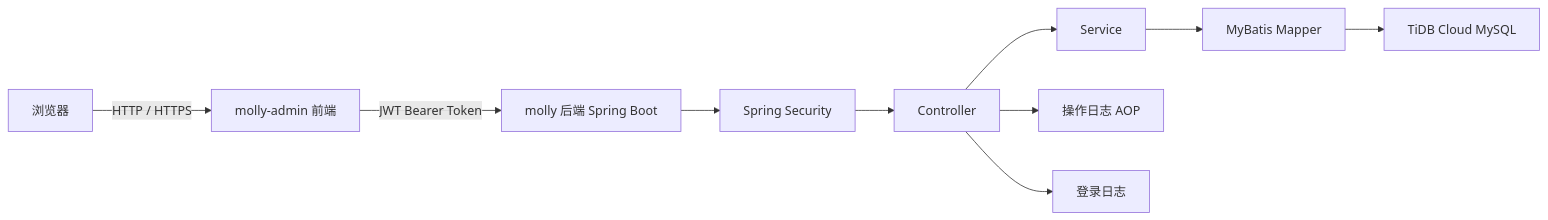
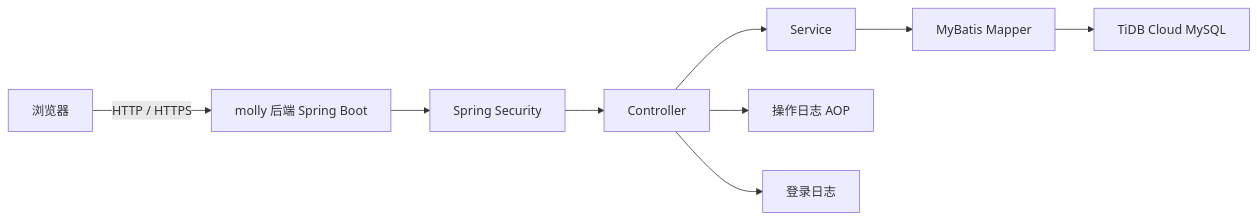
One commit to GeBron/molly changed the first of 3 diagrams in .trae/documents/Technical-Architecture.md. Above: the diagram before and after it, drawn with Mermaid. The commit also changed other lines of this file and 43 other files, not shown here.

````diff
--- a/.trae/documents/Technical-Architecture.md
+++ b/.trae/documents/Technical-Architecture.md
@@ -5,12 +5,11 @@
 ```mermaid
 graph LR
-    A["浏览器"] -->|HTTP / HTTPS| B["molly-admin 前端"]
-    B -->|JWT Bearer Token| C["molly 后端 Spring Boot"]
-    C --> D["Spring Security"]
-    D --> E["Controller"]
-    E --> F["Service"]
-    F --> G["MyBatis Mapper"]
-    G --> H["TiDB Cloud MySQL"]
-    E --> I["操作日志 AOP"]
-    E --> J["登录日志"]
+    A["浏览器"] -->|HTTP / HTTPS| B["molly 后端 Spring Boot"]
+    B --> C["Spring Security"]
+    C --> D["Controller"]
+    D --> E["Service"]
+    E --> F["MyBatis Mapper"]
+    F --> G["TiDB Cloud MySQL"]
+    D --> H["操作日志 AOP"]
+    D --> I["登录日志"]
 ```
````
